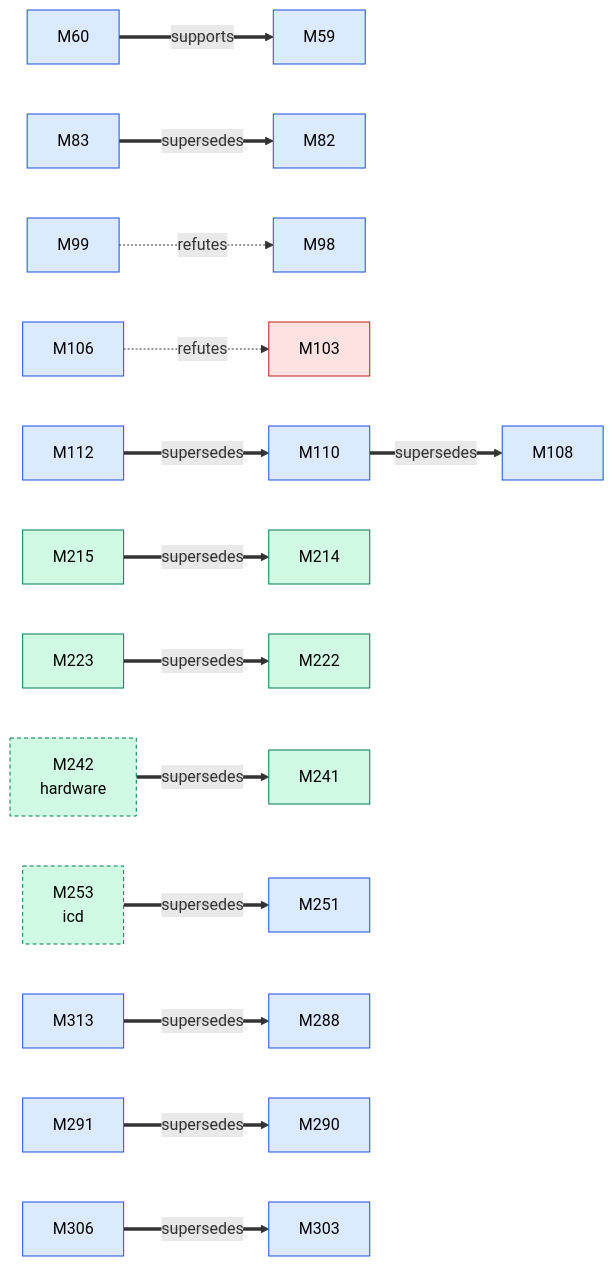
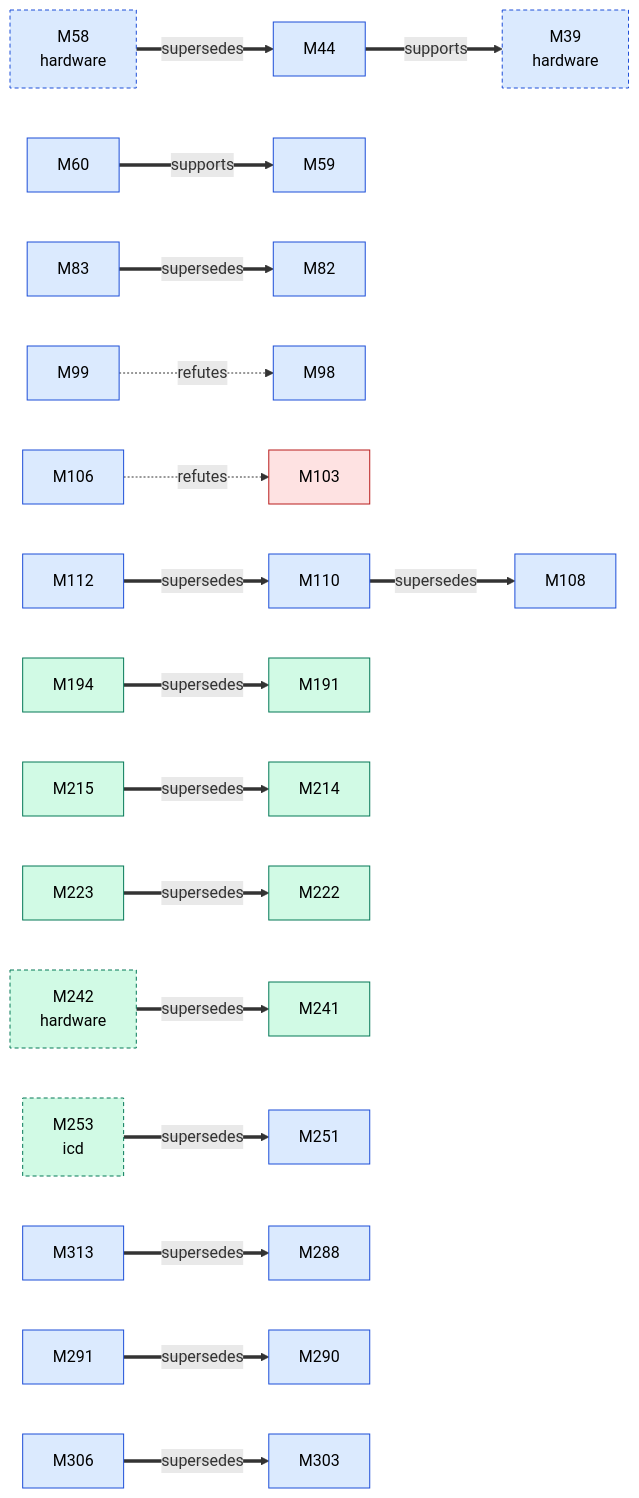
One commit to D-Ogi/amdgpu-wddm changed the first of 3 diagrams in docs/facts/graphs/kmd.md. Above: the diagram before and after it, drawn with Mermaid. The commit also changed other lines of this file and 14 other files, not shown here.

````diff
--- a/docs/facts/graphs/kmd.md
+++ b/docs/facts/graphs/kmd.md
@@ -11,47 +11,55 @@
 ```mermaid
 flowchart LR
+  M39["M39<br/>hardware"]:::MEASURED
+  M44["M44"]:::MEASURED
+  M58["M58<br/>hardware"]:::MEASURED
   M59["M59"]:::MEASURED
   M60["M60"]:::MEASURED
   M82["M82"]:::MEASURED
   M83["M83"]:::MEASURED
   M98["M98"]:::MEASURED
   M99["M99"]:::MEASURED
   M103["M103"]:::REFUTED
   M106["M106"]:::MEASURED
   M108["M108"]:::MEASURED
   M110["M110"]:::MEASURED
   M112["M112"]:::MEASURED
+  M191["M191"]:::CONFIRMED
+  M194["M194"]:::CONFIRMED
   M214["M214"]:::CONFIRMED
   M215["M215"]:::CONFIRMED
   M222["M222"]:::CONFIRMED
   M223["M223"]:::CONFIRMED
   M241["M241"]:::CONFIRMED
   M242["M242<br/>hardware"]:::CONFIRMED
   M251["M251"]:::MEASURED
   M253["M253<br/>icd"]:::CONFIRMED
   M288["M288"]:::MEASURED
   M290["M290"]:::MEASURED
   M291["M291"]:::MEASURED
   M303["M303"]:::MEASURED
   M306["M306"]:::MEASURED
   M313["M313"]:::MEASURED
+  M58 ==>|supersedes| M44
   M242 ==>|supersedes| M241
+  M44 ==>|supports| M39
   M60 ==>|supports| M59
   M83 ==>|supersedes| M82
   M99 -.->|refutes| M98
   M106 -.->|refutes| M103
   M110 ==>|supersedes| M108
   M112 ==>|supersedes| M110
+  M194 ==>|supersedes| M191
   M215 ==>|supersedes| M214
   M223 ==>|supersedes| M222
   M291 ==>|supersedes| M290
   M306 ==>|supersedes| M303
   M313 ==>|supersedes| M288
   M253 ==>|supersedes| M251
   classDef HYPOTHESIS fill:#fff3c4,stroke:#9a7b00,color:#000
   classDef MEASURED fill:#dbeafe,stroke:#1d4ed8,color:#000
   classDef CONFIRMED fill:#d1fae5,stroke:#047857,color:#000
   classDef REFUTED fill:#fee2e2,stroke:#b91c1c,color:#000
   classDef other stroke-dasharray:4 3
-  class M242,M253 other
+  class M39,M58,M242,M253 other
 ```
````
